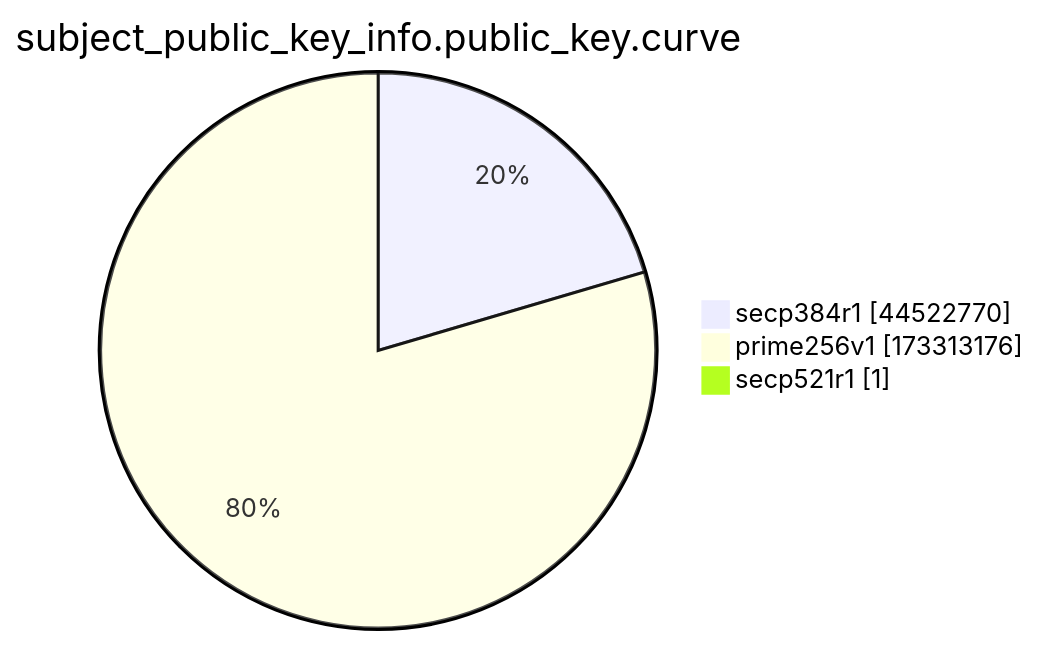
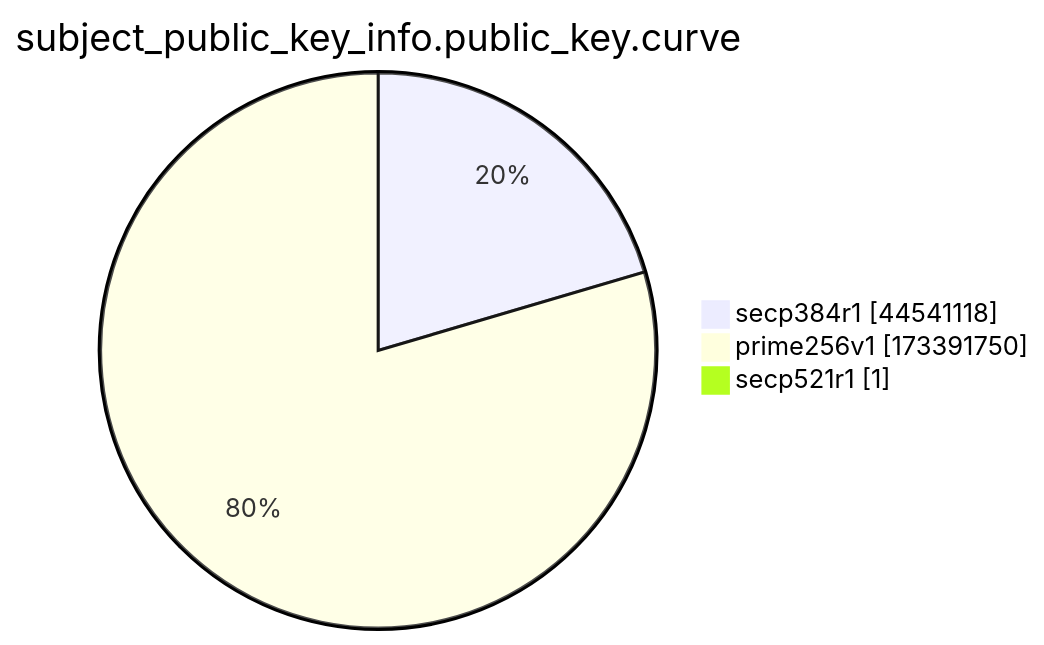
Before and after one commit to christiankrug/ctmonitor_visualization: the ninth of 15 diagrams in xenon2022/README.md, drawn with Mermaid. The commit also changed other lines of this file, not shown here.

````diff
--- a/xenon2022/README.md
+++ b/xenon2022/README.md
@@ -2871,7 +2871,7 @@
 ```mermaid
 pie showData
 title subject_public_key_info.public_key.curve
-"secp384r1" :44522770
-"prime256v1" :173313176
+"secp384r1" :44541118
+"prime256v1" :173391750
 "secp521r1" :1
 ```
````
